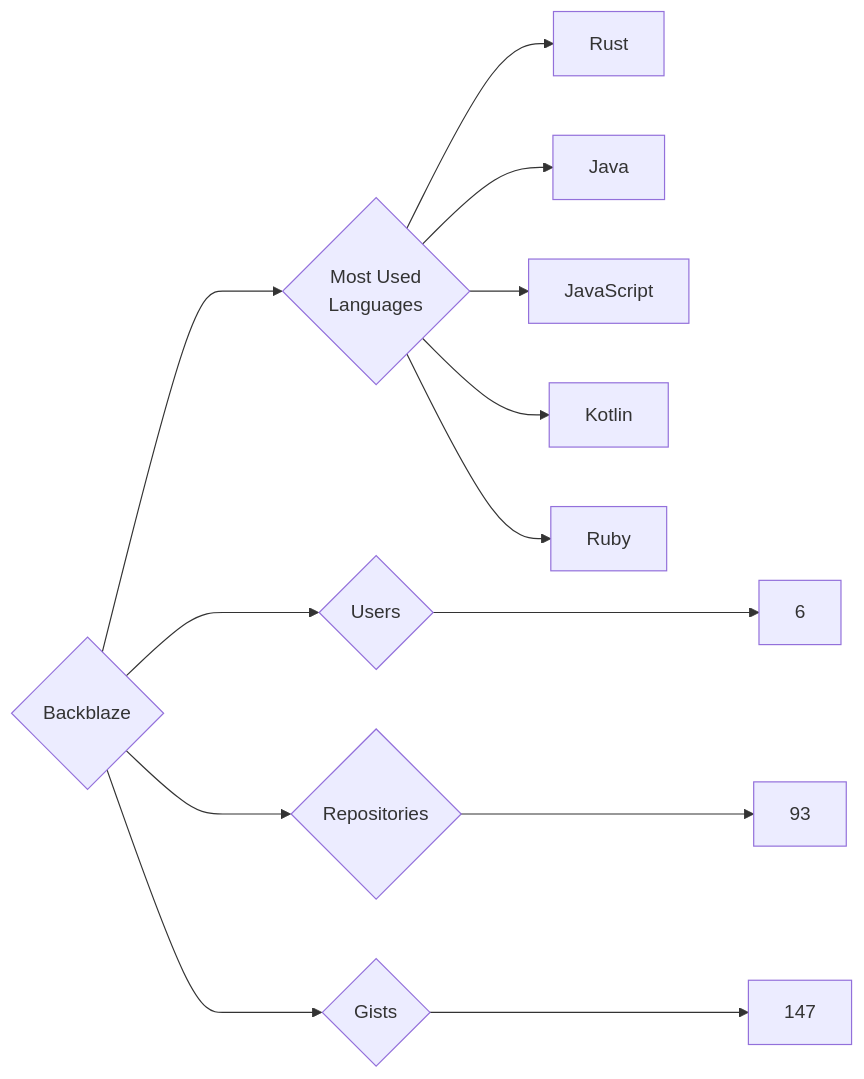
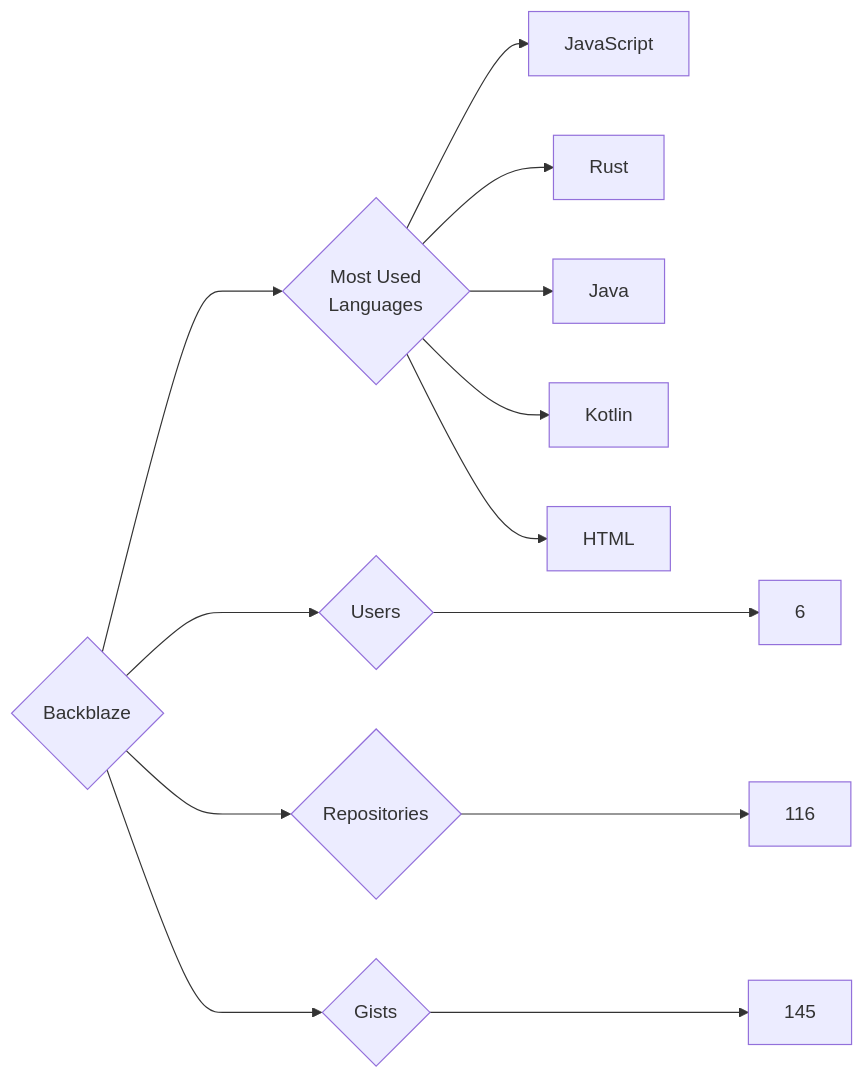
The diagram in targets/Backblaze/README.md (trickest/insiders), drawn with Mermaid before and after one commit. The commit also changed 1030 other files, not shown here.

````diff
--- a/targets/Backblaze/README.md
+++ b/targets/Backblaze/README.md
@@ -3,13 +3,13 @@
 ```mermaid
 graph LR
 COMPANY_NAME{Backblaze}
 COMPANY_NAME ---> U{Users} ---> UN[6]
-COMPANY_NAME ---> R{Repositories} ---> RN[93]
-COMPANY_NAME ---> G{Gists} ---> GN[147]
+COMPANY_NAME ---> R{Repositories} ---> RN[116]
+COMPANY_NAME ---> G{Gists} ---> GN[145]
 COMPANY_NAME ---> ML{Most Used<br>Languages}
+ML --> JavaScript[JavaScript]
 ML --> Rust[Rust]
 ML --> Java[Java]
-ML --> JavaScript[JavaScript]
 ML --> Kotlin[Kotlin]
-ML --> Ruby[Ruby]
+ML --> HTML[HTML]
 ```
````
